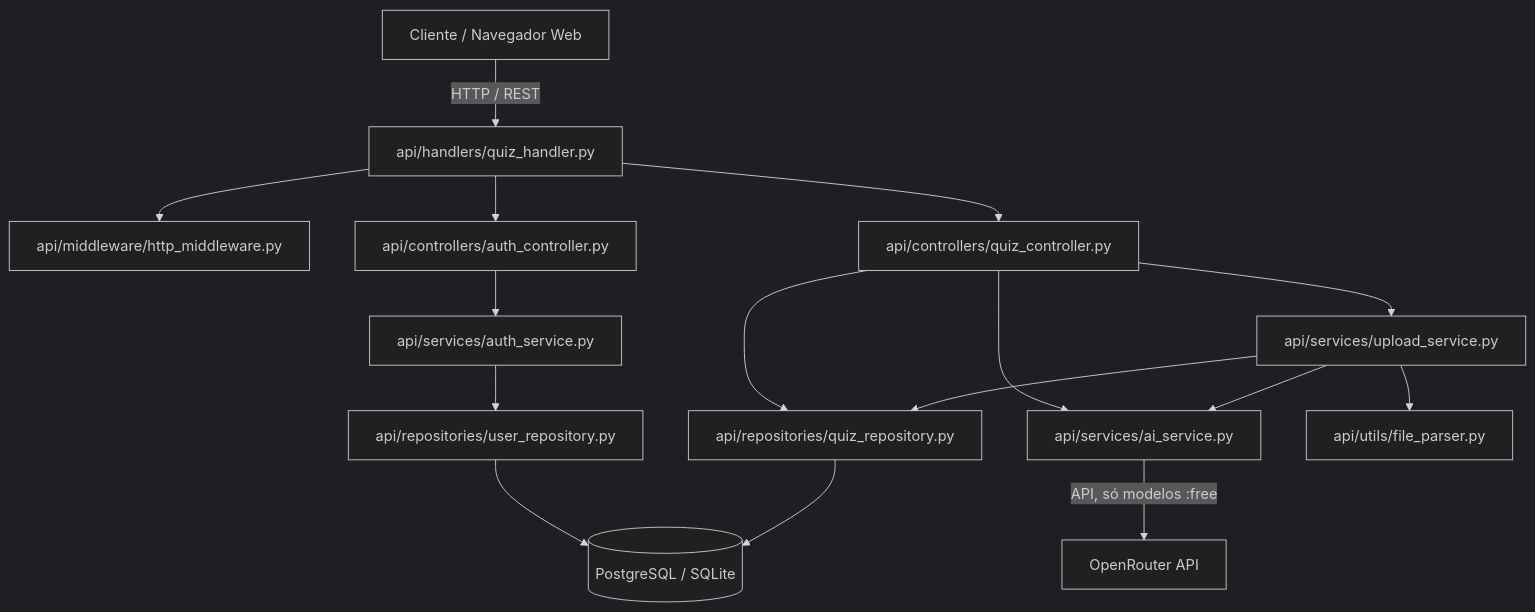
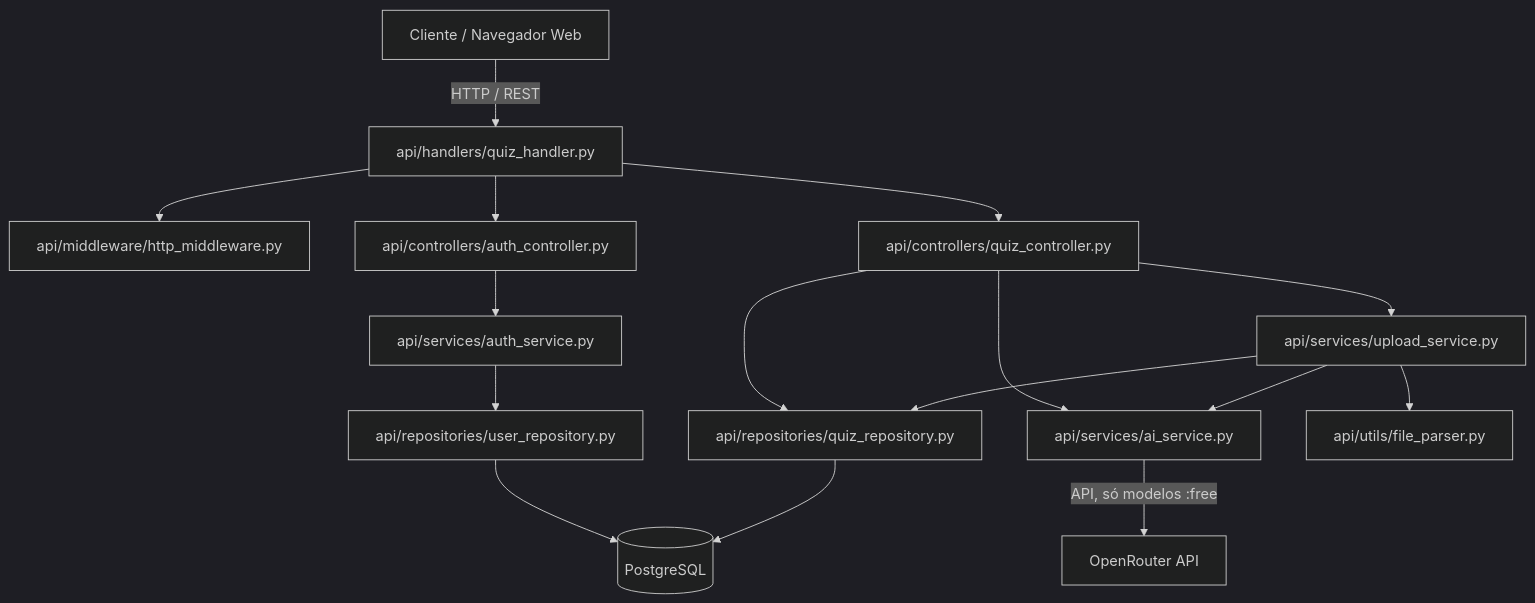
The diagram in docs/ARQUITETURA.md (Eduardo2049/QuizesStudies), drawn with Mermaid (dark theme) before and after one commit. The commit also changed other lines of this file and 8 other files, not shown here.

````diff
--- a/docs/ARQUITETURA.md
+++ b/docs/ARQUITETURA.md
@@ -11,23 +11,23 @@
 ```mermaid
 graph TD
     Client[Cliente / Navegador Web] -->|HTTP / REST| Handler[api/handlers/quiz_handler.py]
     Handler --> Middleware[api/middleware/http_middleware.py]
     Handler --> AuthController[api/controllers/auth_controller.py]
     Handler --> QuizController[api/controllers/quiz_controller.py]
 
     AuthController --> AuthService[api/services/auth_service.py]
     AuthService --> UserRepo[api/repositories/user_repository.py]
 
     QuizController --> UploadService[api/services/upload_service.py]
     QuizController --> AIService[api/services/ai_service.py]
     QuizController --> QuizRepo[api/repositories/quiz_repository.py]
 
     UploadService --> FileParser[api/utils/file_parser.py]
     UploadService --> AIService
     UploadService --> QuizRepo
 
     AIService -->|API, só modelos :free| OpenRouter[OpenRouter API]
 
-    UserRepo --> DB[(PostgreSQL / SQLite)]
+    UserRepo --> DB[(PostgreSQL)]
     QuizRepo --> DB
 ```
````
